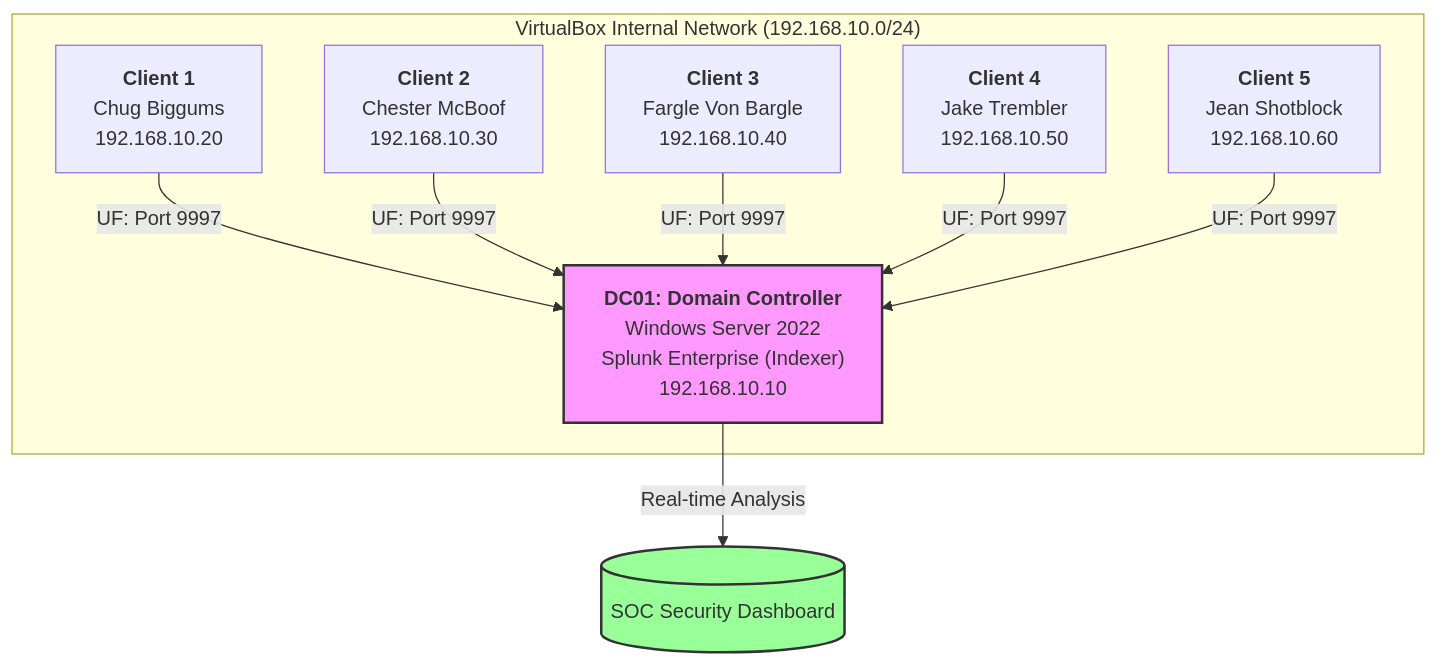
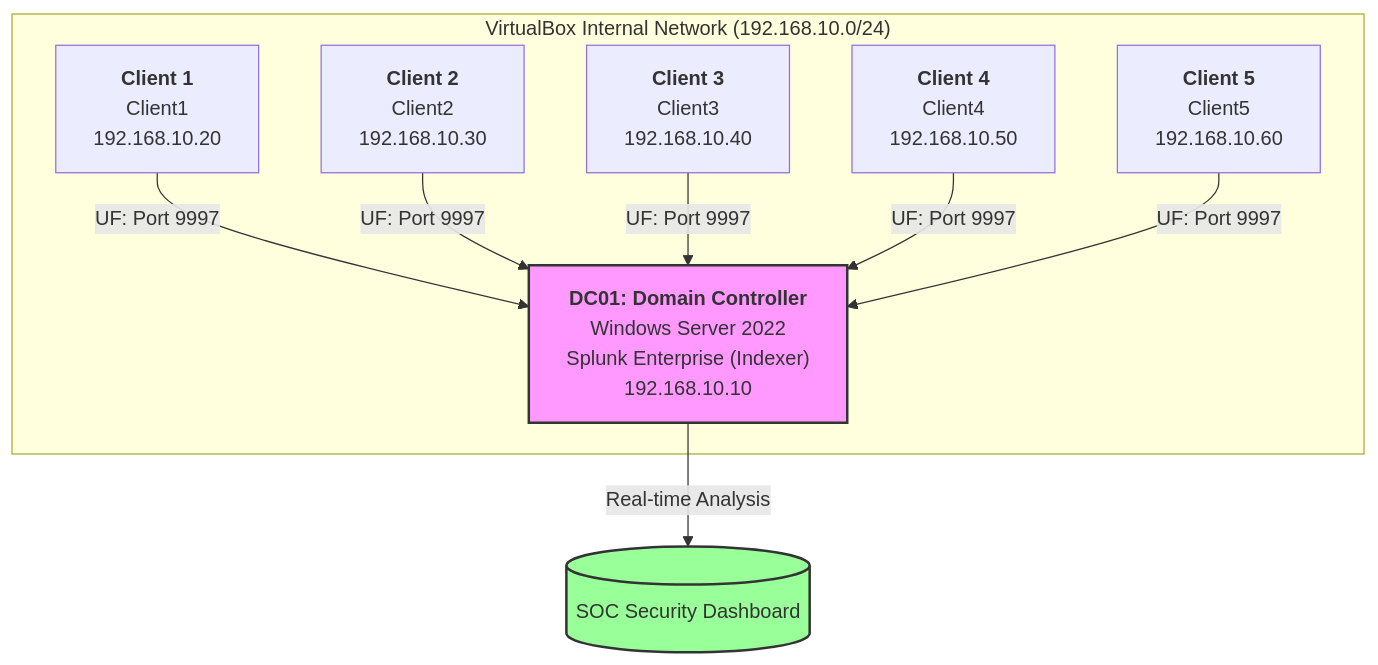
The diagram in README.md (doesntmatter0/AD-Splunk-Lab), drawn with Mermaid before and after one commit.

````diff
--- a/README.md
+++ b/README.md
@@ -90,26 +90,26 @@
 ```mermaid
 graph TD
     subgraph "VirtualBox Internal Network (192.168.10.0/24)"
         DC01["<b>DC01: Domain Controller</b><br/>Windows Server 2022<br/>Splunk Enterprise (Indexer)<br/>192.168.10.10"]
         
-        C1["<b>Client 1</b><br/>Chug Biggums<br/>192.168.10.20"]
-        C2["<b>Client 2</b><br/>Chester McBoof<br/>192.168.10.30"]
-        C3["<b>Client 3</b><br/>Fargle Von Bargle<br/>192.168.10.40"]
-        C4["<b>Client 4</b><br/>Jake Trembler<br/>192.168.10.50"]
-        C5["<b>Client 5</b><br/>Jean Shotblock<br/>192.168.10.60"]
+        C1["<b>Client 1</b><br/>Client1<br/>192.168.10.20"]
+        C2["<b>Client 2</b><br/>Client2<br/>192.168.10.30"]
+        C3["<b>Client 3</b><br/>Client3<br/>192.168.10.40"]
+        C4["<b>Client 4</b><br/>Client4<br/>192.168.10.50"]
+        C5["<b>Client 5</b><br/>Client5<br/>192.168.10.60"]
     end
 
     %% Log Forwarding Traffic
     C1 -- "UF: Port 9997" --> DC01
     C2 -- "UF: Port 9997" --> DC01
     C3 -- "UF: Port 9997" --> DC01
     C4 -- "UF: Port 9997" --> DC01
     C5 -- "UF: Port 9997" --> DC01
 
     %% Analysis flow
     DC01 -- "Real-time Analysis" --> Dash[("SOC Security Dashboard")]
 
     %% Styling for better visibility
     style DC01 fill:#f9f,stroke:#333,stroke-width:2px
     style Dash fill:#9f9,stroke:#333,stroke-width:2px
 ```
````
